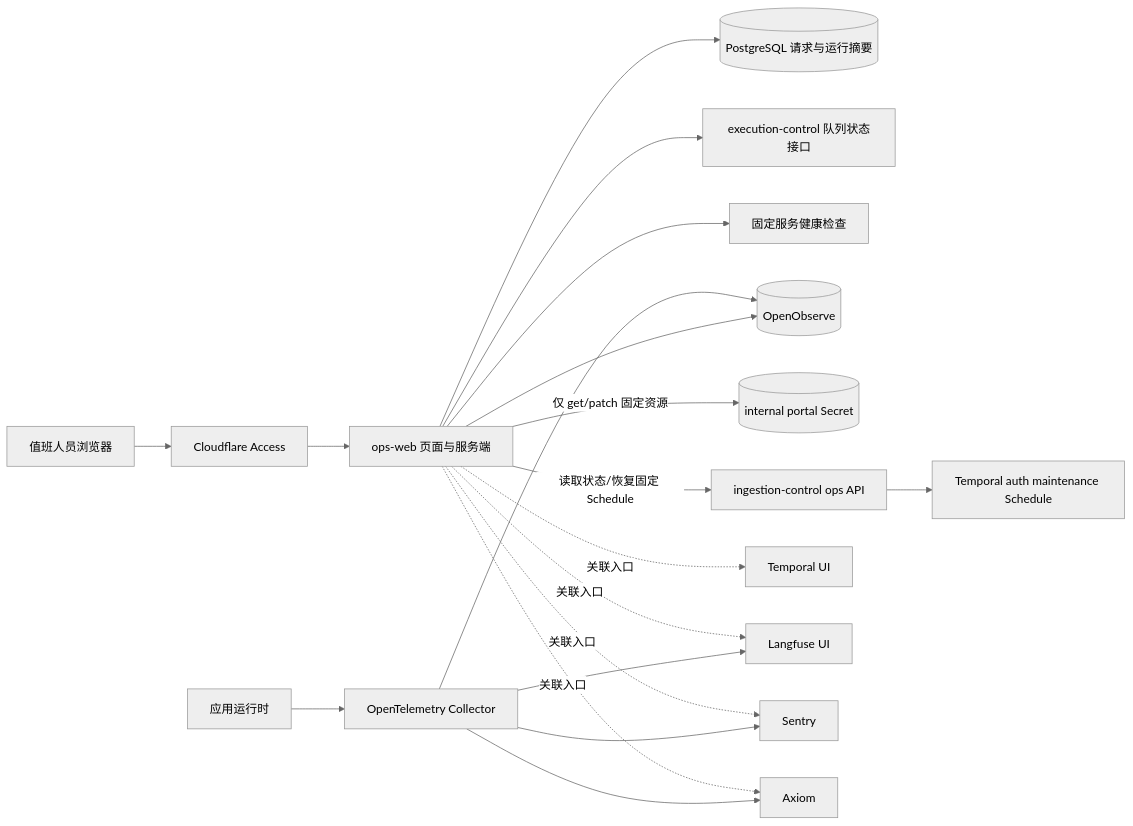
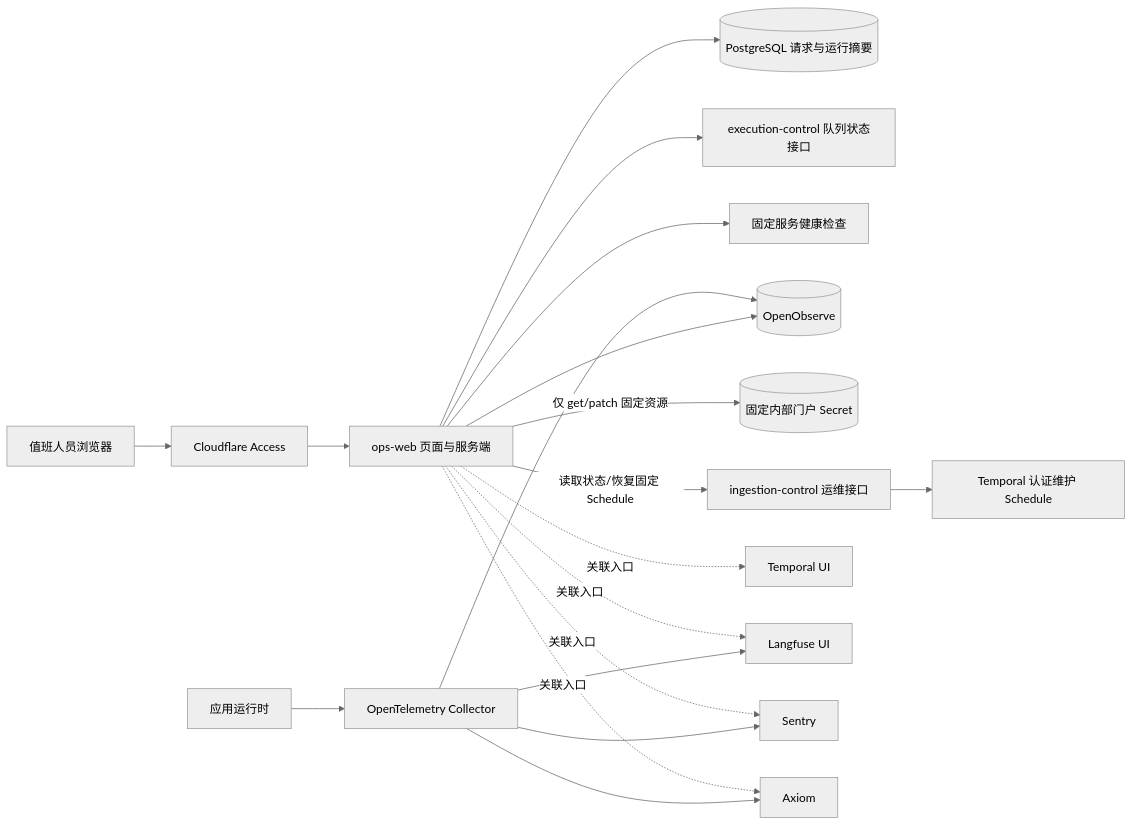
The diagram in docs/architecture/system/ops-observability.md (Luxfeier22331/campus-agent-main), drawn with Mermaid (neutral theme) before and after one commit. The commit also changed other lines of this file and 316 other files, not shown here.

````diff
--- a/docs/architecture/system/ops-observability.md
+++ b/docs/architecture/system/ops-observability.md
@@ -36,37 +33,37 @@
 ```mermaid
 flowchart LR
   Browser[值班人员浏览器]
   Access[Cloudflare Access]
   OpsWeb[ops-web 页面与服务端]
   Pg[(PostgreSQL 请求与运行摘要)]
   Control[execution-control 队列状态接口]
   Health[固定服务健康检查]
   OpenObserve[(OpenObserve)]
-  PortalSecret[(internal portal Secret)]
-  IngestionControl[ingestion-control ops API]
-  AuthSchedule[Temporal auth maintenance Schedule]
+  PortalSecret[(固定内部门户 Secret)]
+  IngestionControl[ingestion-control 运维接口]
+  AuthSchedule[Temporal 认证维护 Schedule]
   OTel[OpenTelemetry Collector]
   Runtime[应用运行时]
   TemporalUI[Temporal UI]
   LangfuseUI[Langfuse UI]
   Sentry[Sentry]
   Axiom[Axiom]
 
   Browser --> Access --> OpsWeb
   OpsWeb --> Pg
   OpsWeb --> Control
   OpsWeb --> Health
   OpsWeb --> OpenObserve
   OpsWeb -->|仅 get/patch 固定资源| PortalSecret
   OpsWeb -->|读取状态/恢复固定 Schedule| IngestionControl
   IngestionControl --> AuthSchedule
   Runtime --> OTel
   OTel --> OpenObserve
   OTel --> Sentry
   OTel --> Axiom
   OTel --> LangfuseUI
   OpsWeb -. 关联入口 .-> TemporalUI
   OpsWeb -. 关联入口 .-> LangfuseUI
   OpsWeb -. 关联入口 .-> Sentry
   OpsWeb -. 关联入口 .-> Axiom
 ```
````
